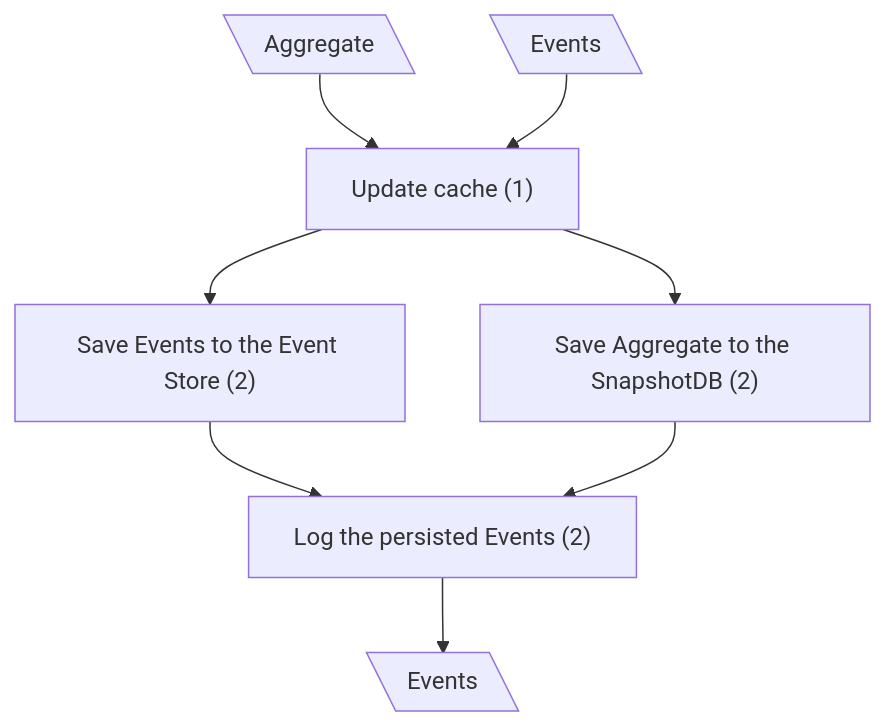
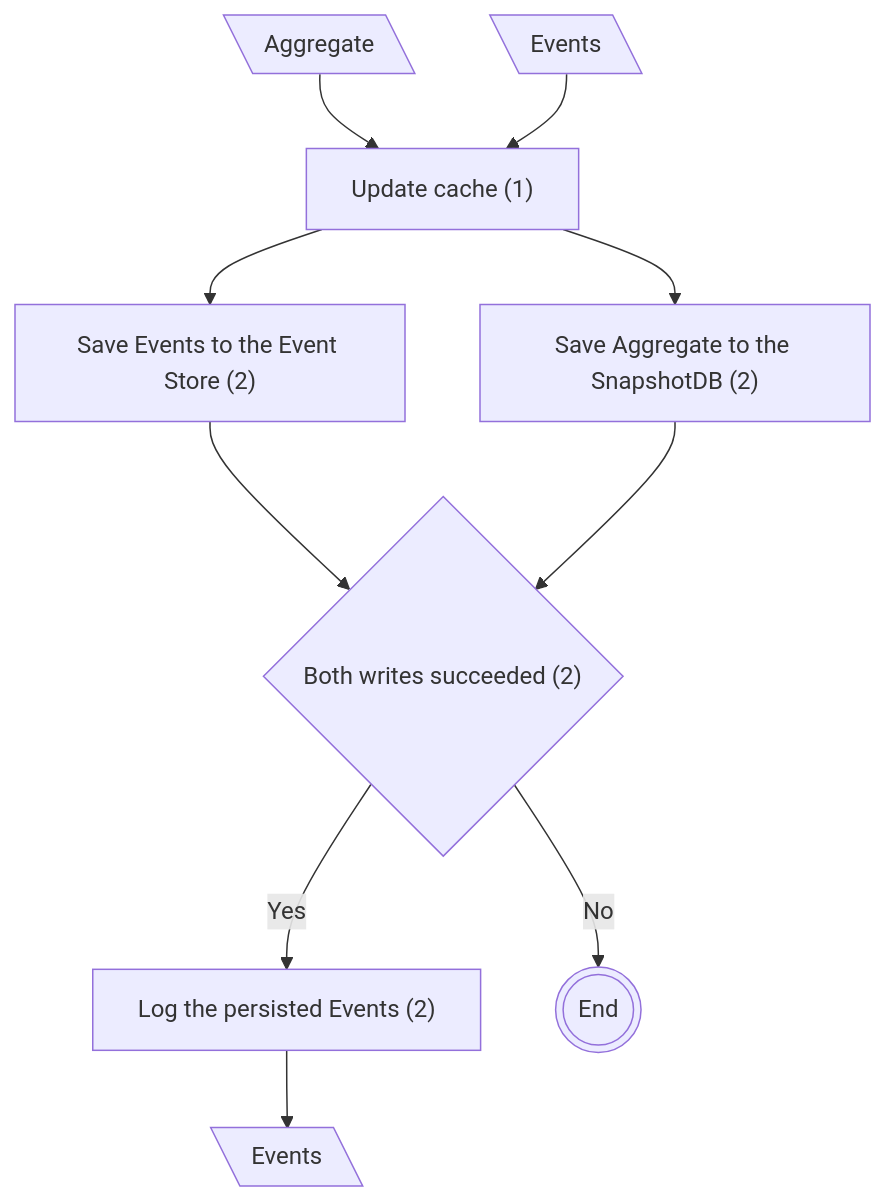
One commit to dmitryhruzin/CQRS-variations-test changed the sixth of 7 diagrams in docs/CF Complexity/create.md. Above: the diagram before and after it, drawn with Mermaid. The commit also changed other lines of this file and 2 other files, not shown here.

Commit message:
docs: add more infra calls to diagrams

````diff
--- a/docs/CF Complexity/create.md
+++ b/docs/CF Complexity/create.md
@@ -127,13 +127,15 @@
 ```mermaid
 flowchart TD
   classDef mod stroke:#0f0
   A1@{ shape: lean-l, label: "Aggregate" }
   A2@{ shape: lean-l, label: "Events" }
   A1 --> B["Update cache (1)"]
   A2 --> B
   B --> C["Save Events to the Event Store (2)"]
   B --> D["Save Aggregate to the SnapshotDB (2)"]
-  C --> L["Log the persisted Events (2)"]
-  D --> L
+  C --> CF{"Both writes succeeded (2)"}
+  D --> CF
+  CF --Yes--> L["Log the persisted Events (2)"]
+  CF --"No"--> X@{ shape: dbl-circ, label: "End" }
   L --> E@{ shape: lean-l, label: "Events" }
 ```
````
